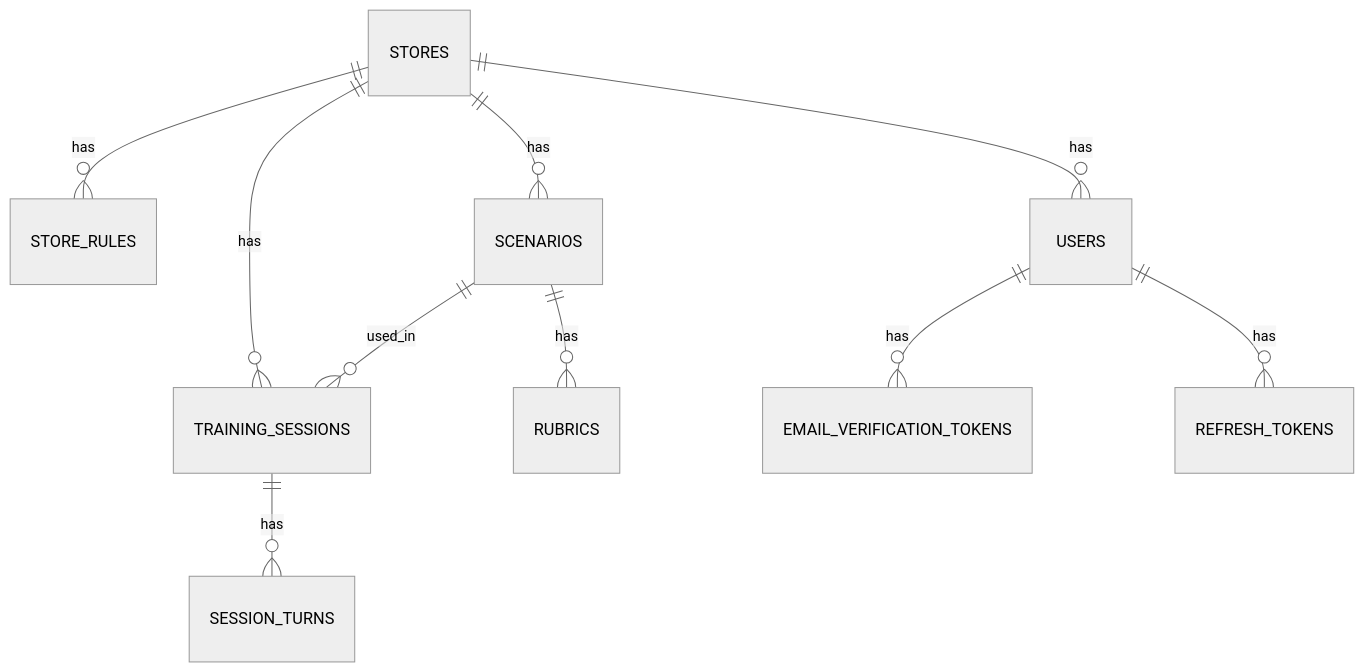
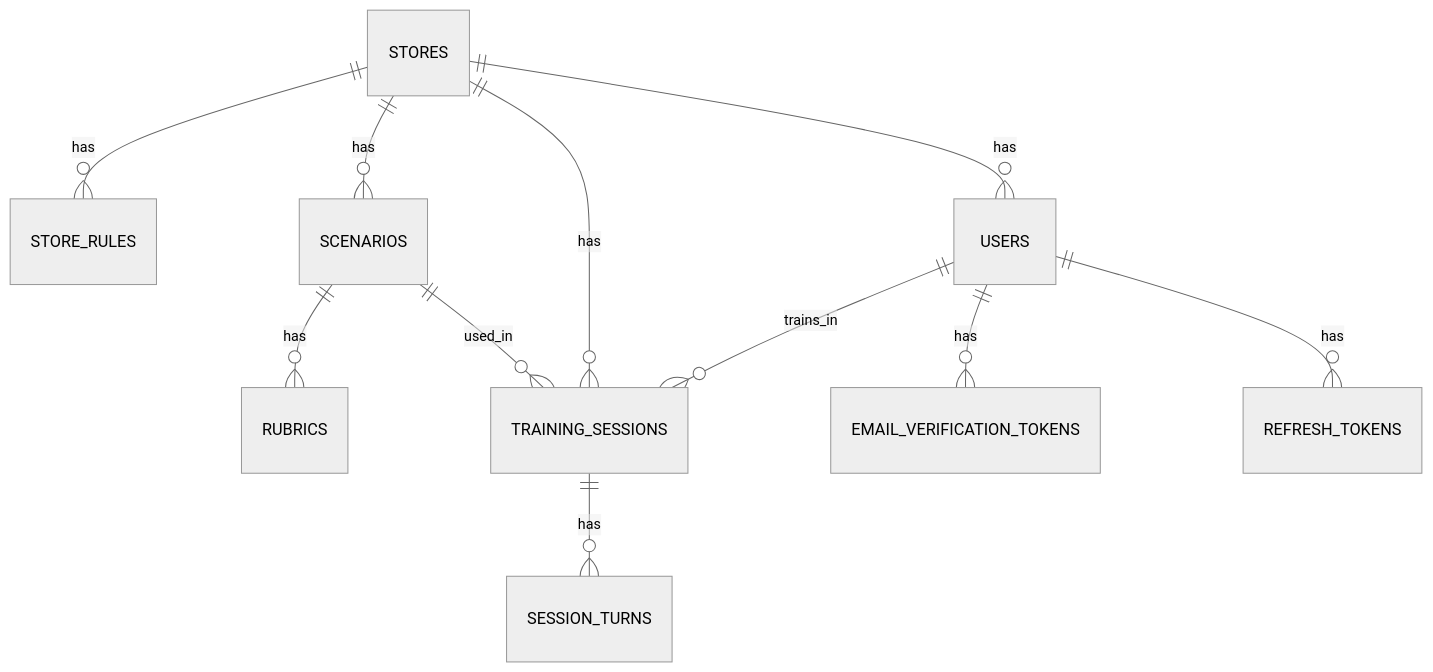
Before and after one commit to soyun11/albafit: the diagram in docs/db-schema.md, drawn with Mermaid (neutral theme). The commit also changed other lines of this file and 10 other files, not shown here.

````diff
--- a/docs/db-schema.md
+++ b/docs/db-schema.md
@@ -14,12 +14,13 @@
 ```mermaid
 erDiagram
     STORES ||--o{ STORE_RULES : has
     STORES ||--o{ SCENARIOS : has
     STORES ||--o{ TRAINING_SESSIONS : has
     STORES ||--o{ USERS : has
     SCENARIOS ||--o{ RUBRICS : has
     SCENARIOS ||--o{ TRAINING_SESSIONS : used_in
     TRAINING_SESSIONS ||--o{ SESSION_TURNS : has
+    USERS ||--o{ TRAINING_SESSIONS : trains_in
     USERS ||--o{ EMAIL_VERIFICATION_TOKENS : has
     USERS ||--o{ REFRESH_TOKENS : has
 ```
````
